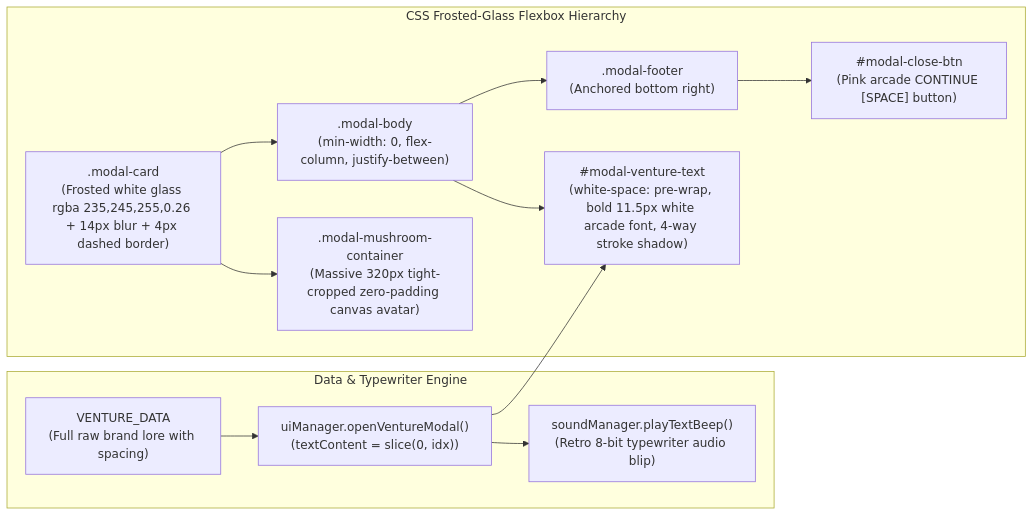
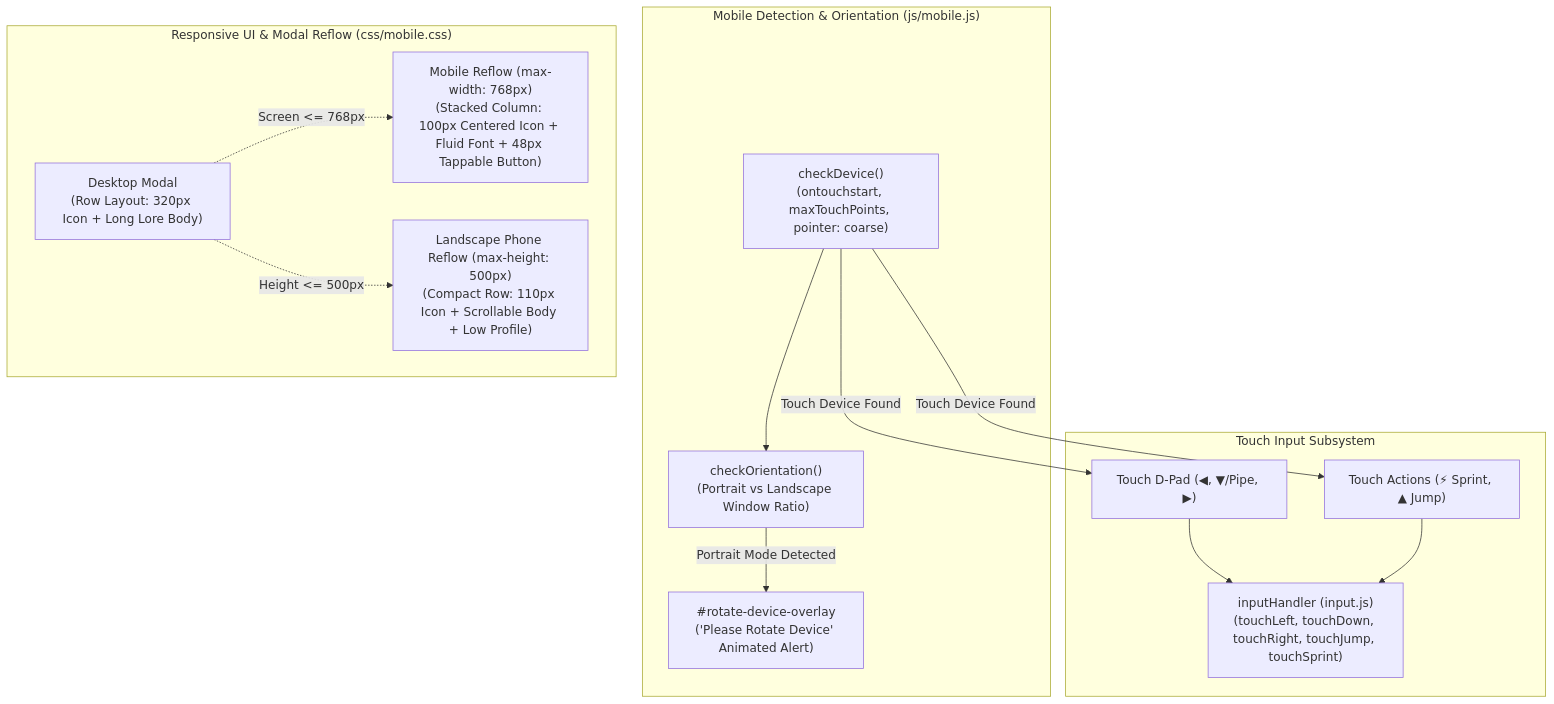
One commit to govindgautam-glitch/mario-game changed the sixth of 6 diagrams in project_summary_graph.md. Above: the diagram before and after it, drawn with Mermaid. The commit also changed other lines of this file and 20 other files, not shown here.

````diff
--- a/project_summary_graph.md
+++ b/project_summary_graph.md
@@ -174,26 +222,29 @@
 ```mermaid
-graph LR
-    subgraph "Data & Typewriter Engine"
-        Data["VENTURE_DATA<br/>(Full raw brand lore with spacing)"]
-        Slice["uiManager.openVentureModal()<br/>(textContent = slice(0, idx))"]
-        SFX["soundManager.playTextBeep()<br/>(Retro 8-bit typewriter audio blip)"]
+graph TD
+    subgraph "Mobile Detection & Orientation (js/mobile.js)"
+        Detect["checkDevice()<br/>(ontouchstart, maxTouchPoints, pointer: coarse)"]
+        Orient["checkOrientation()<br/>(Portrait vs Landscape Window Ratio)"]
+        Overlay["#rotate-device-overlay<br/>('Please Rotate Device' Animated Alert)"]
     end
 
-    subgraph "CSS Frosted-Glass Flexbox Hierarchy"
-        Card[".modal-card<br/>(Frosted white glass rgba 235,245,255,0.26 + 14px blur + 4px dashed border)"]
-        Icon[".modal-mushroom-container<br/>(Massive 320px tight-cropped zero-padding canvas avatar)"]
-        Body[".modal-body<br/>(min-width: 0, flex-column, justify-between)"]
-        Text["#modal-venture-text<br/>(white-space: pre-wrap, bold 11.5px white arcade font, 4-way stroke shadow)"]
-        Footer[".modal-footer<br/>(Anchored bottom right)"]
-        Btn["#modal-close-btn<br/>(Pink arcade CONTINUE [SPACE] button)"]
+    subgraph "Touch Input Subsystem"
+        DPad["Touch D-Pad (◀, ▼/Pipe, ▶)"]
+        Actions["Touch Actions (⚡ Sprint, ▲ Jump)"]
+        InputHandler["inputHandler (input.js)<br/>(touchLeft, touchDown, touchRight, touchJump, touchSprint)"]
     end
 
-    Data --> Slice
-    Slice --> SFX
-    Slice --> Text
-    Card --> Icon
-    Card --> Body
-    Body --> Text
-    Body --> Footer
-    Footer --> Btn
+    subgraph "Responsive UI & Modal Reflow (css/mobile.css)"
+        ModalDesktop["Desktop Modal<br/>(Row Layout: 320px Icon + Long Lore Body)"]
+        ModalMobile["Mobile Reflow (max-width: 768px)<br/>(Stacked Column: 100px Centered Icon + Fluid Font + 48px Tappable Button)"]
+        ModalLandscape["Landscape Phone Reflow (max-height: 500px)<br/>(Compact Row: 110px Icon + Scrollable Body + Low Profile)"]
+    end
+
+    Detect -->|Touch Device Found| DPad
+    Detect -->|Touch Device Found| Actions
+    Detect --> Orient
+    Orient -->|Portrait Mode Detected| Overlay
+    DPad --> InputHandler
+    Actions --> InputHandler
+    ModalDesktop -.->|Screen <= 768px| ModalMobile
+    ModalDesktop -.->|Height <= 500px| ModalLandscape
 ```
````
